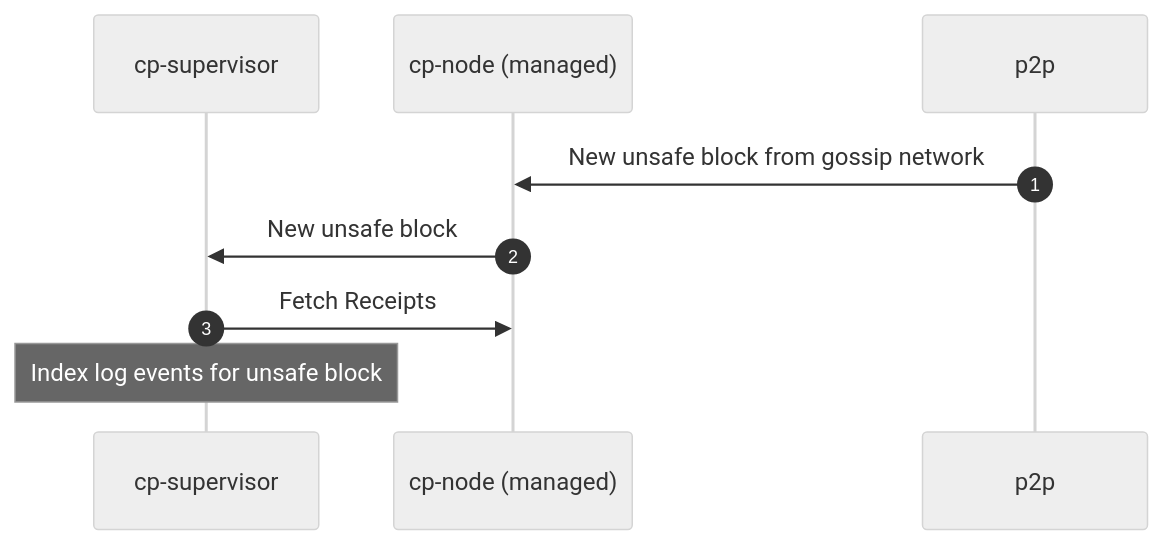
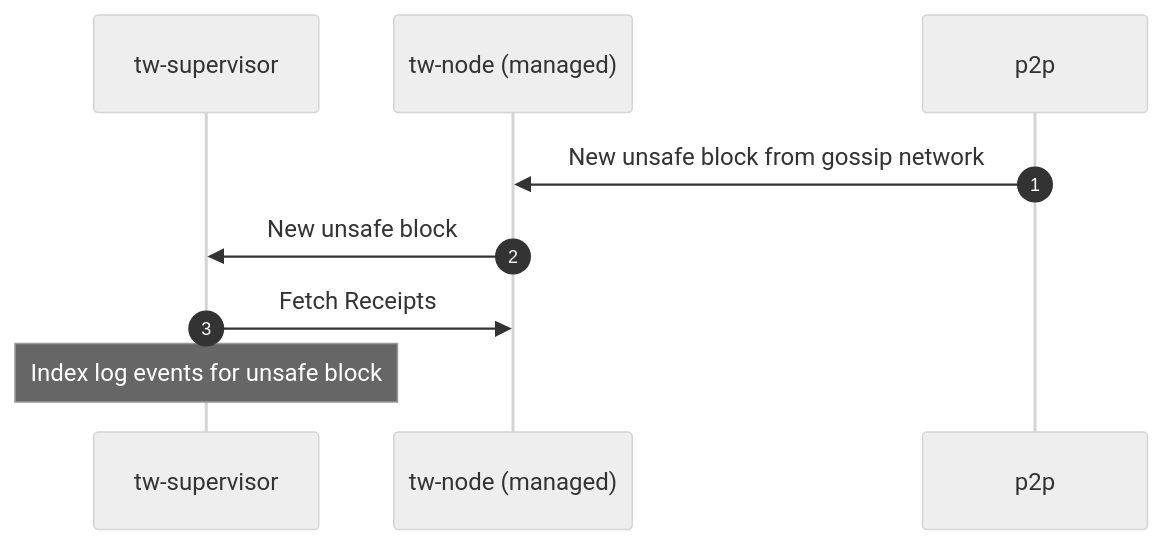
One commit to roothash-pay/roothash-chain changed the third of 4 diagrams in tw-supervisor/README.md. Above: the diagram before and after it, drawn with Mermaid (neutral theme). The commit also changed other lines of this file and 778 other files, not shown here.

````diff
--- a/tw-supervisor/README.md
+++ b/tw-supervisor/README.md
@@ -167,14 +167,14 @@
 ```mermaid
 sequenceDiagram
 autonumber
 
-participant super as cp-supervisor
-participant node as cp-node (managed)
+participant super as tw-supervisor
+participant node as tw-node (managed)
 participant p2p as p2p
 
 p2p ->> node: New unsafe block from gossip network
 node ->> super: New unsafe block
 
 super ->> node: Fetch Receipts
 Note over super: Index log events for unsafe block
 ```
````
